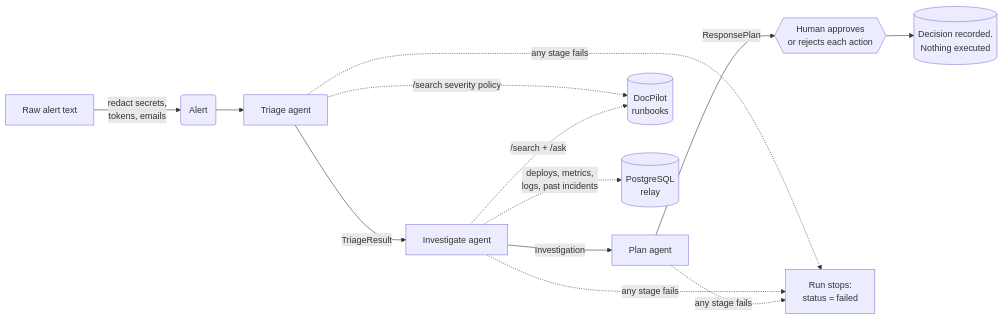
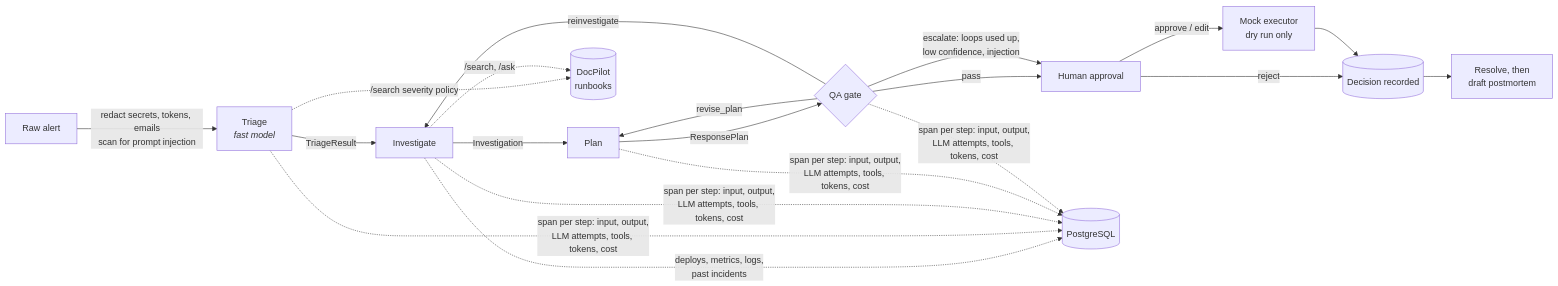
One commit to Gayathri2708/relay-agents changed the diagram in README.md. Above: the diagram before and after it, drawn with Mermaid. The commit also changed other lines of this file and 4 other files, not shown here.

````diff
--- a/README.md
+++ b/README.md
@@ -13,15 +15,20 @@
 ```mermaid
 flowchart LR
-    A[Raw alert text] -->|redact secrets,<br/>tokens, emails| B(Alert)
-    B --> T[Triage agent]
-    T -->|TriageResult| I[Investigate agent]
-    I -->|Investigation| P[Plan agent]
-    P -->|ResponsePlan| H{{Human approves<br/>or rejects each action}}
-    H --> R[(Decision recorded.<br/>Nothing executed)]
+    A[Raw alert] -->|redact secrets, tokens, emails<br/>scan for prompt injection| T[Triage<br/><i>fast model</i>]
+    T -->|TriageResult| I[Investigate]
+    I -->|Investigation| P[Plan]
+    P -->|ResponsePlan| Q{QA gate}
+    Q -->|revise_plan| P
+    Q -->|reinvestigate| I
+    Q -->|pass| H[Human approval]
+    Q -->|escalate: loops used up,<br/>low confidence, injection| H
+    H -->|approve / edit| X[Mock executor<br/>dry run only]
+    H -->|reject| R[(Decision recorded)]
+    X --> R
+    R --> PM[Resolve, then<br/>draft postmortem]
 
     T -. "/search severity policy" .-> D[(DocPilot<br/>runbooks)]
-    I -. "/search + /ask" .-> D
-    I -. deploys, metrics,<br/>logs, past incidents .-> PG[(PostgreSQL<br/>relay)]
-
-    T & I & P -. any stage fails .-> F[Run stops:<br/>status = failed]
+    I -. "/search, /ask" .-> D
+    I -. deploys, metrics, logs,<br/>past incidents .-> PG[(PostgreSQL)]
+    T & I & P & Q -. span per step: input, output,<br/>LLM attempts, tools, tokens, cost .-> PG
 ```
````
